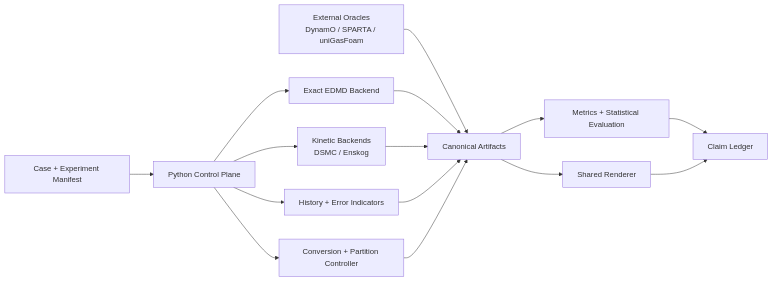
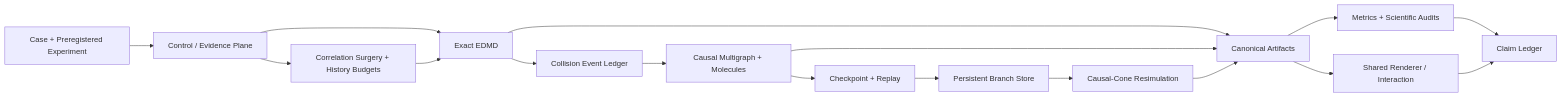
Before and after one commit to jandan138/history-aware-molecular-kinetic: the diagram in README.md, drawn with Mermaid. The commit also changed other lines of this file, not shown here.

````diff
--- a/README.md
+++ b/README.md
@@ -85,17 +173,19 @@
 ```mermaid
 flowchart LR
-    C[Case + Experiment Manifest] --> P[Python Control Plane]
-    P --> E[Exact EDMD Backend]
-    P --> K[Kinetic Backends\nDSMC / Enskog]
-    P --> H[History + Error Indicators]
-    P --> X[Conversion + Partition Controller]
-    O[External Oracles\nDynamO / SPARTA / uniGasFoam] --> A[Canonical Artifacts]
-    E --> A
-    K --> A
-    H --> A
-    X --> A
-    A --> M[Metrics + Statistical Evaluation]
-    A --> R[Shared Renderer]
-    M --> Q[Claim Ledger]
-    R --> Q
+    C[Case + Preregistered Experiment] --> P[Control / Evidence Plane]
+    P --> E[Exact EDMD]
+    E --> L[Collision Event Ledger]
+    L --> G[Causal Multigraph + Molecules]
+    G --> R[Checkpoint + Replay]
+    R --> B[Persistent Branch Store]
+    B --> Q[Causal-Cone Resimulation]
+    P --> S[Correlation Surgery + History Budgets]
+    S --> E
+    E --> A[Canonical Artifacts]
+    G --> A
+    Q --> A
+    A --> M[Metrics + Scientific Audits]
+    A --> V[Shared Renderer / Interaction]
+    M --> K[Claim Ledger]
+    V --> K
 ```
````
